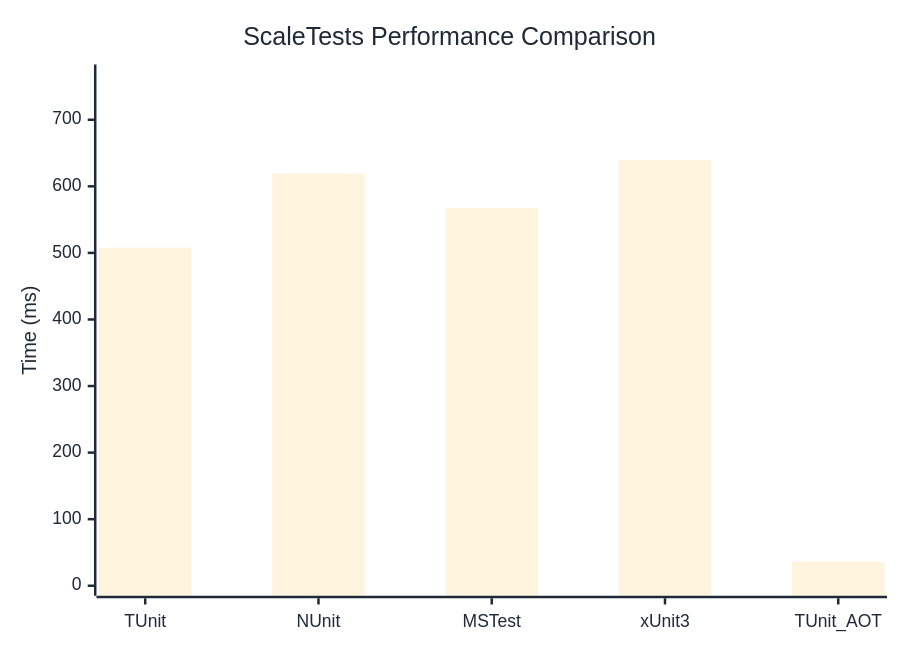
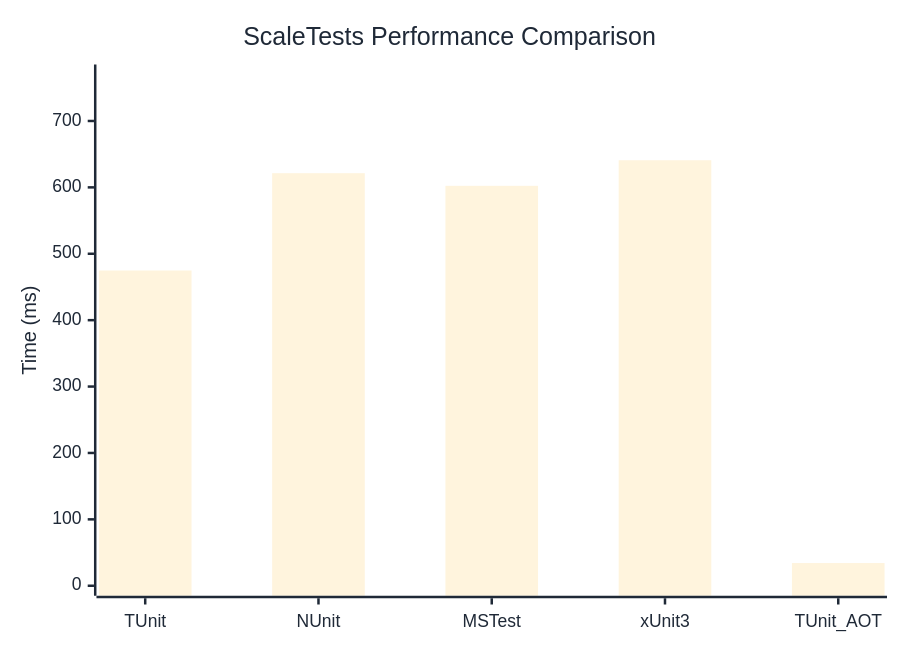
Before and after one commit to weiyilai/TUnit: the diagram in docs/docs/benchmarks/ScaleTests.md, drawn with Mermaid. The commit also changed other lines of this file and 16 other files, not shown here.

````diff
--- a/docs/docs/benchmarks/ScaleTests.md
+++ b/docs/docs/benchmarks/ScaleTests.md
@@ -27,37 +27,37 @@
 ```mermaid
 %%{init: {
   'theme':'base',
   'themeVariables': {
     'primaryColor': '#2563eb',
     'primaryTextColor': '#1f2937',
     'primaryBorderColor': '#1e40af',
     'lineColor': '#6b7280',
     'secondaryColor': '#7c3aed',
     'tertiaryColor': '#dc2626',
     'background': '#ffffff',
     'mainBkg': '#2563eb',
     'secondBkg': '#7c3aed',
     'tertiaryBkg': '#dc2626',
     'clusterBkg': '#f3f4f6',
     'edgeLabelBackground': '#ffffff',
     'tertiaryTextColor': '#1f2937',
     'pie1': '#2563eb',
     'pie2': '#7c3aed',
     'pie3': '#dc2626',
     'pie4': '#f59e0b',
     'pie5': '#10b981',
     'pie6': '#06b6d4',
     'pie7': '#ec4899',
     'pie8': '#6366f1',
     'pie9': '#84cc16',
     'pie10': '#f97316',
     'pie11': '#14b8a6',
     'pie12': '#a855f7'
   }
 }}%%
 xychart-beta
   title "ScaleTests Performance Comparison"
   x-axis ["TUnit", "NUnit", "MSTest", "xUnit3", "TUnit_AOT"]
-  y-axis "Time (ms)" 0 --> 768
-  bar [507.7, 619.16, 567.47, 639.38, 36.19]
+  y-axis "Time (ms)" 0 --> 770
+  bar [474.79, 621.37, 602.34, 640.87, 34.2]
 ```
````
